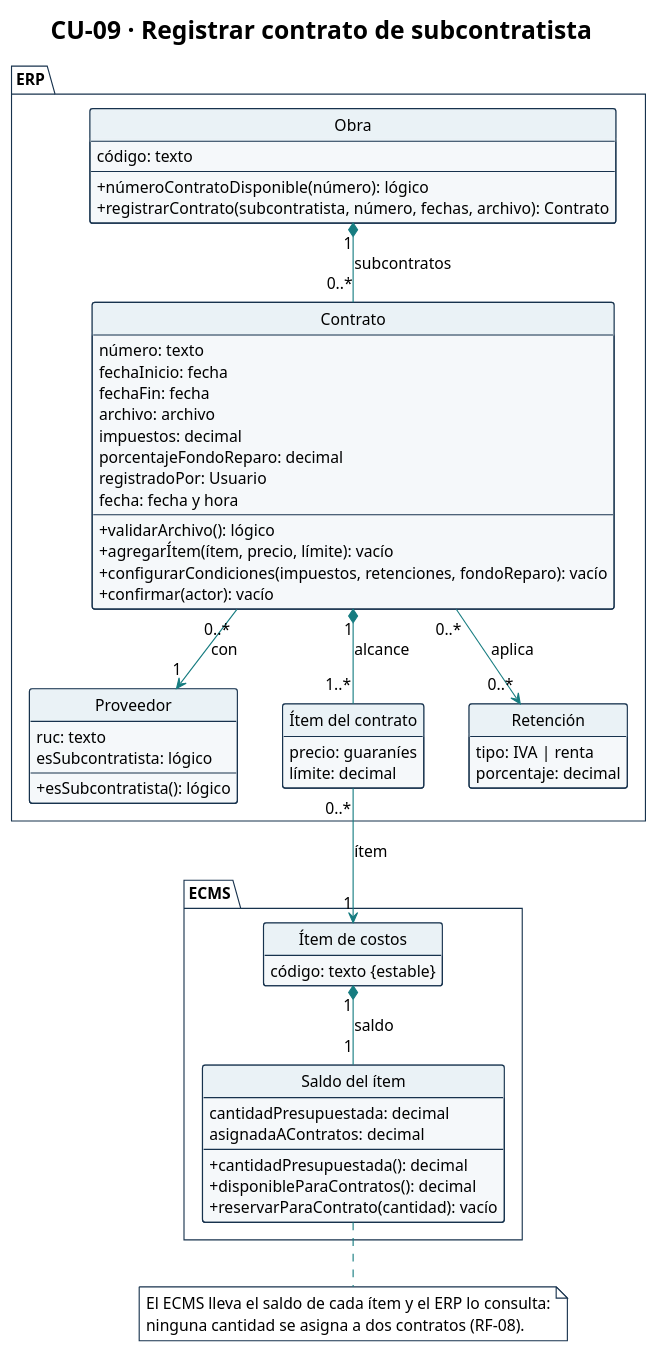
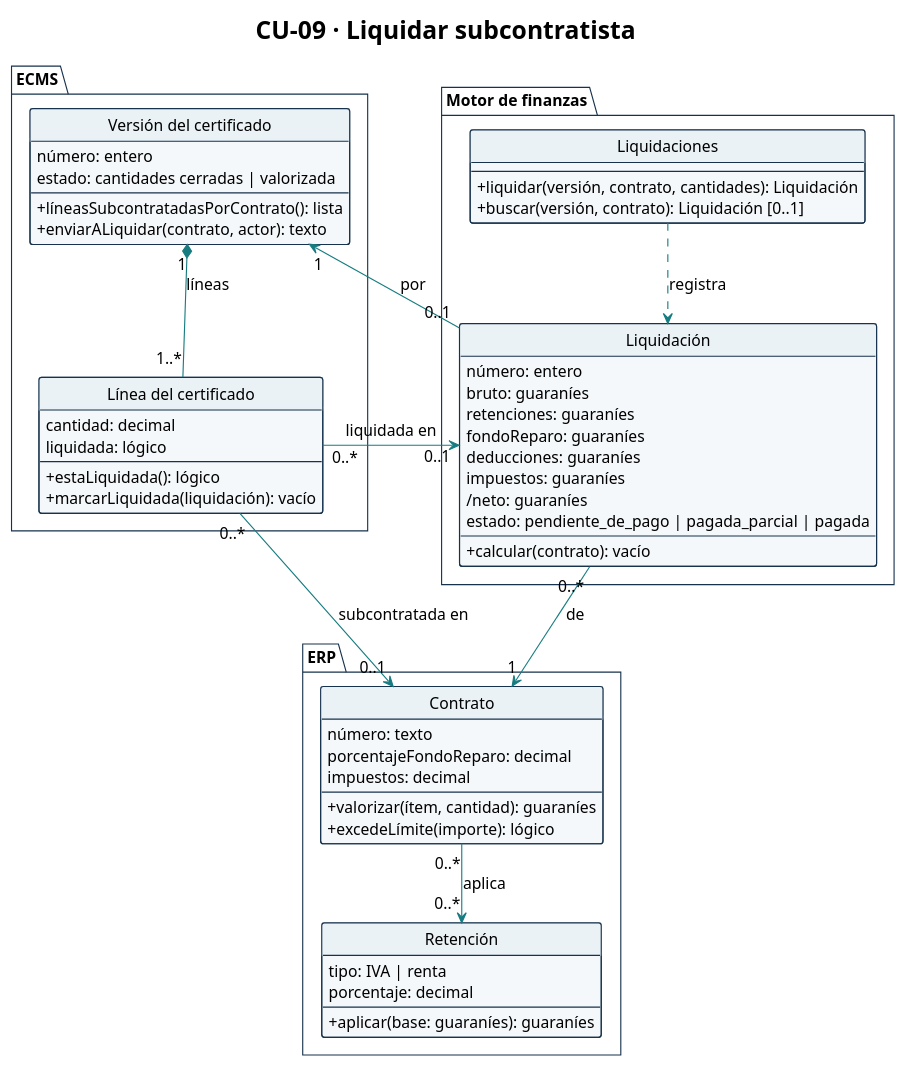
The diagram in diagramas/CU-09-clases.puml (Ssrrb/tpf-uca), drawn with PlantUML before and after one commit. The commit also changed 51 other files, not shown here.

First line of the commit message:
Renumera los diagramas de CU 1 al 16 en orden de dependencia y saca los que salen del MVP

```diff
--- a/diagramas/CU-09-clases.puml
+++ b/diagramas/CU-09-clases.puml
@@ -1,97 +1,93 @@
 @startuml
 !theme plain
 skinparam style strictuml
-title CU-09 · Registrar contrato de subcontratista
+title CU-09 · Liquidar subcontratista
 hide circle
 hide empty methods
 hide empty fields
 skinparam shadowing false
 skinparam classAttributeIconSize 0
 skinparam defaultFontName Arial
 skinparam defaultFontSize 14
 skinparam nodesep 40
 skinparam ranksep 50
 skinparam ArrowColor #167C80
 skinparam class {
   BackgroundColor #F5F8FA
   BorderColor #17324D
   HeaderBackgroundColor #EAF2F6
 }
 skinparam package {
   BackgroundColor #FFFFFF
   BorderColor #17324D
 }
 skinparam note {
   BackgroundColor #FFFFFF
   BorderColor #17324D
 }
-package "ERP" {
-  class Obra {
-    código: texto
+package "ECMS" {
+  class "Versión del certificado" as VersionCertificado {
+    número: entero
+    estado: cantidades cerradas | valorizada
     --
-    + númeroContratoDisponible(número): lógico
-    + registrarContrato(subcontratista, número, fechas, archivo): Contrato
+    + líneasSubcontratadasPorContrato(): lista
+    + enviarALiquidar(contrato, actor): texto
   }
 
-  class Proveedor {
-    ruc: texto
-    esSubcontratista: lógico
+  class "Línea del certificado" as LineaCertificado {
+    cantidad: decimal
+    liquidada: lógico
     --
-    + esSubcontratista(): lógico
+    + estaLiquidada(): lógico
+    + marcarLiquidada(liquidación): vacío
+  }
+}
+
+package "Motor de finanzas" {
+  class "Liquidaciones" as Liquidaciones {
+    --
+    + liquidar(versión, contrato, cantidades): Liquidación
+    + buscar(versión, contrato): Liquidación [0..1]
   }
 
+  class "Liquidación" as Liquidacion {
+    número: entero
+    bruto: guaraníes
+    retenciones: guaraníes
+    fondoReparo: guaraníes
+    deducciones: guaraníes
+    impuestos: guaraníes
+    /neto: guaraníes
+    estado: pendiente_de_pago | pagada_parcial | pagada
+    --
+    + calcular(contrato): vacío
+  }
+}
+
+package "ERP" {
   class Contrato {
     número: texto
-    fechaInicio: fecha
-    fechaFin: fecha
-    archivo: archivo
+    porcentajeFondoReparo: decimal
     impuestos: decimal
-    porcentajeFondoReparo: decimal
-    registradoPor: Usuario
-    fecha: fecha y hora
     --
-    + validarArchivo(): lógico
-    + agregarÍtem(ítem, precio, límite): vacío
-    + configurarCondiciones(impuestos, retenciones, fondoReparo): vacío
-    + confirmar(actor): vacío
-  }
-
-  class "Ítem del contrato" as ItemContrato {
-    precio: guaraníes
-    límite: decimal
+    + valorizar(ítem, cantidad): guaraníes
+    + excedeLímite(importe): lógico
   }
 
   class "Retención" as Retencion {
     tipo: IVA | renta
     porcentaje: decimal
+    --
+    + aplicar(base: guaraníes): guaraníes
   }
 }
 
-package "ECMS" {
-  class "Saldo del ítem" as SaldoItem {
-    cantidadPresupuestada: decimal
-    asignadaAContratos: decimal
-    --
-    + cantidadPresupuestada(): decimal
-    + disponibleParaContratos(): decimal
-    + reservarParaContrato(cantidad): vacío
-  }
-
-  class "Ítem de costos" as ItemCostos {
-    código: texto {estable}
-  }
-}
-
-Obra "1" *-- "0..*" Contrato : subcontratos
-Contrato "0..*" --> "1" Proveedor : con
-Contrato "1" *-- "1..*" ItemContrato : alcance
-ItemContrato "0..*" --> "1" ItemCostos : ítem
-ItemCostos "1" *-- "1" SaldoItem : saldo
+VersionCertificado "1" *-- "1..*" LineaCertificado : líneas
+LineaCertificado "0..*" --> "0..1" Contrato : subcontratada en
+LineaCertificado "0..*" --> "0..1" Liquidacion : liquidada en
+Liquidaciones ..> Liquidacion : registra
+Liquidacion "0..*" --> "1" Contrato : de
+Liquidacion "0..1" --> "1" VersionCertificado : por
 Contrato "0..*" --> "0..*" Retencion : aplica
 
-note bottom of SaldoItem
-  El ECMS lleva el saldo de cada ítem y el ERP lo consulta:
-  ninguna cantidad se asigna a dos contratos (RF-08).
-end note
-
 @enduml
```
